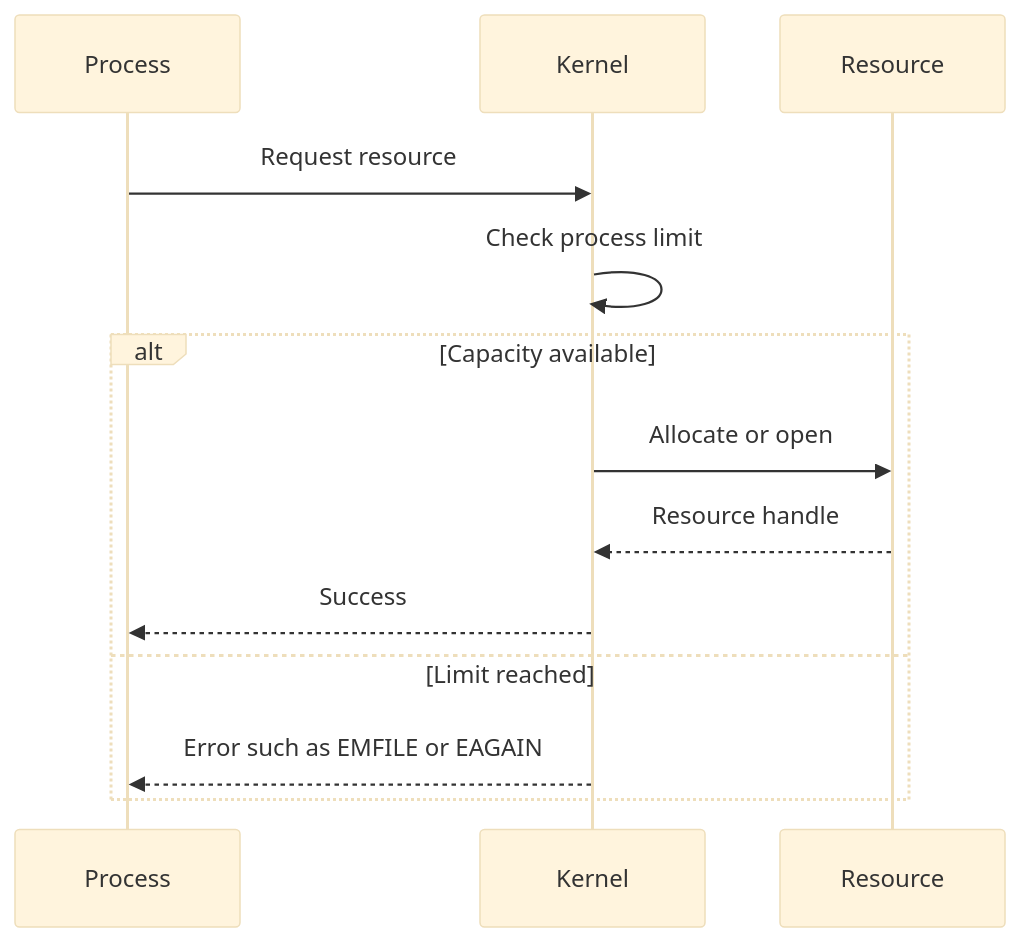
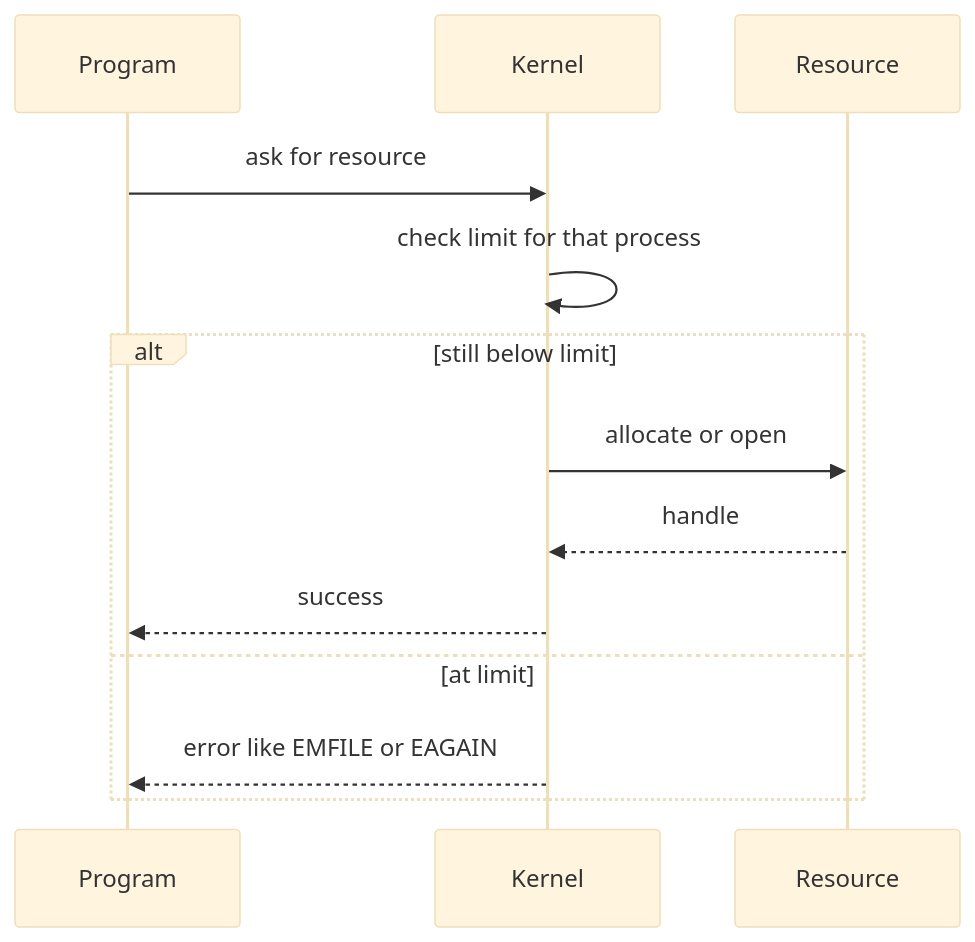
The second of 4 diagrams in _posts/2026-08-24-linux-resource-limits-and-the-oom-killer.md (amrrdev/amrrdev.github.io), drawn with Mermaid (base theme) before and after one commit. The commit also changed other lines of this file and 15 other files, not shown here.

````diff
--- a/_posts/2026-08-24-linux-resource-limits-and-the-oom-killer.md
+++ b/_posts/2026-08-24-linux-resource-limits-and-the-oom-killer.md
@@ -136,16 +88,15 @@
 ```mermaid
 sequenceDiagram
-    participant App as Process
+    participant App as Program
     participant Kernel
     participant Resource
-
-    App->>Kernel: Request resource
-    Kernel->>Kernel: Check process limit
-    alt Capacity available
-        Kernel->>Resource: Allocate or open
-        Resource-->>Kernel: Resource handle
-        Kernel-->>App: Success
-    else Limit reached
-        Kernel-->>App: Error such as EMFILE or EAGAIN
+    App->>Kernel: ask for resource
+    Kernel->>Kernel: check limit for that process
+    alt still below limit
+        Kernel->>Resource: allocate or open
+        Resource-->>Kernel: handle
+        Kernel-->>App: success
+    else at limit
+        Kernel-->>App: error like EMFILE or EAGAIN
     end
 ```
````
